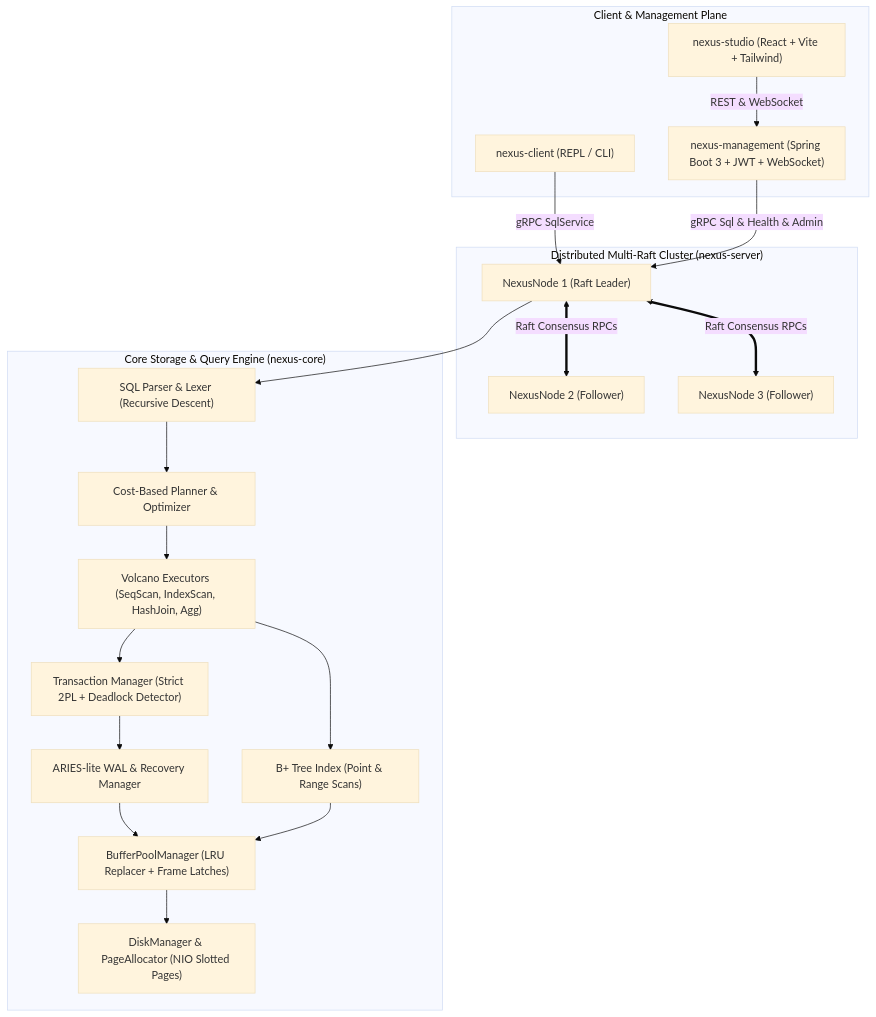
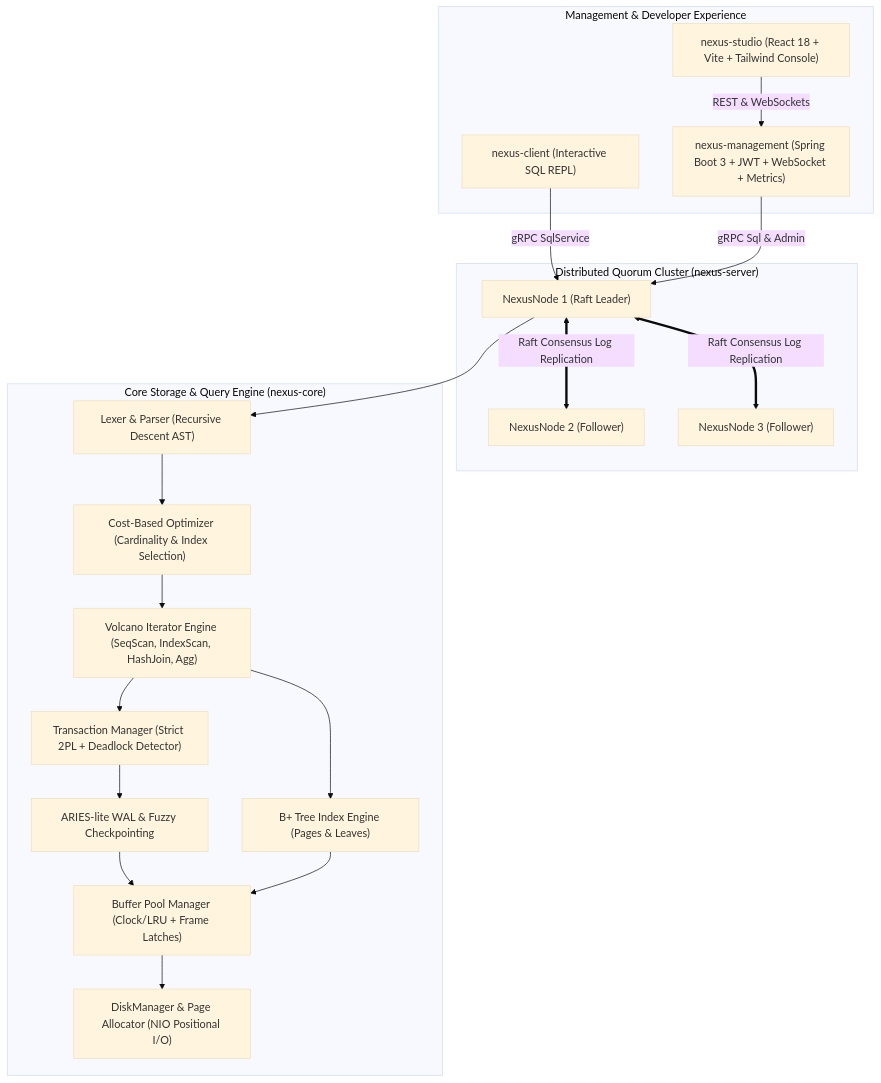
Before and after one commit to krithik9806/NexusDB: the diagram in README.md, drawn with Mermaid (base theme). The commit also changed other lines of this file, not shown here.

Commit message:
docs: elevate README with comprehensive architecture and engineering showcase

````diff
--- a/README.md
+++ b/README.md
@@ -14,35 +49,35 @@
 ```mermaid
 flowchart TD
-    subgraph ClientAndUI["Client & Management Plane"]
-        CLI["nexus-client (REPL / CLI)"]
-        Studio["nexus-studio (React + Vite + Tailwind)"]
-        Mgmt["nexus-management (Spring Boot 3 + JWT + WebSocket)"]
+    subgraph UI["Management & Developer Experience"]
+        CLI["nexus-client (Interactive SQL REPL)"]
+        Studio["nexus-studio (React 18 + Vite + Tailwind Console)"]
+        Mgmt["nexus-management (Spring Boot 3 + JWT + WebSocket + Metrics)"]
     end
 
-    subgraph Cluster["Distributed Multi-Raft Cluster (nexus-server)"]
+    subgraph Cluster["Distributed Quorum Cluster (nexus-server)"]
         Node1["NexusNode 1 (Raft Leader)"]
         Node2["NexusNode 2 (Follower)"]
         Node3["NexusNode 3 (Follower)"]
     end
 
     subgraph CoreEngine["Core Storage & Query Engine (nexus-core)"]
-        Parser["SQL Parser & Lexer (Recursive Descent)"]
-        Planner["Cost-Based Planner & Optimizer"]
-        Executor["Volcano Executors (SeqScan, IndexScan, HashJoin, Agg)"]
+        Parser["Lexer & Parser (Recursive Descent AST)"]
+        Planner["Cost-Based Optimizer (Cardinality & Index Selection)"]
+        Executor["Volcano Iterator Engine (SeqScan, IndexScan, HashJoin, Agg)"]
         TxnMgr["Transaction Manager (Strict 2PL + Deadlock Detector)"]
-        WAL["ARIES-lite WAL & Recovery Manager"]
-        BPTree["B+ Tree Index (Point & Range Scans)"]
-        BPM["BufferPoolManager (LRU Replacer + Frame Latches)"]
-        Storage["DiskManager & PageAllocator (NIO Slotted Pages)"]
+        WAL["ARIES-lite WAL & Fuzzy Checkpointing"]
+        BPTree["B+ Tree Index Engine (Pages & Leaves)"]
+        BPM["Buffer Pool Manager (Clock/LRU + Frame Latches)"]
+        Disk["DiskManager & Page Allocator (NIO Positional I/O)"]
     end
 
     CLI -->|gRPC SqlService| Node1
-    Studio -->|REST & WebSocket| Mgmt
-    Mgmt -->|gRPC Sql & Health & Admin| Node1
-    Node1 <==>|Raft Consensus RPCs| Node2
-    Node1 <==>|Raft Consensus RPCs| Node3
+    Studio -->|REST & WebSockets| Mgmt
+    Mgmt -->|gRPC Sql & Admin| Node1
+    Node1 <==>|Raft Consensus Log Replication| Node2
+    Node1 <==>|Raft Consensus Log Replication| Node3
     Node1 --> Parser
     Parser --> Planner --> Executor
-    Executor --> TxnMgr --> WAL --> BPM --> Storage
+    Executor --> TxnMgr --> WAL --> BPM --> Disk
     Executor --> BPTree --> BPM
 ```
````
